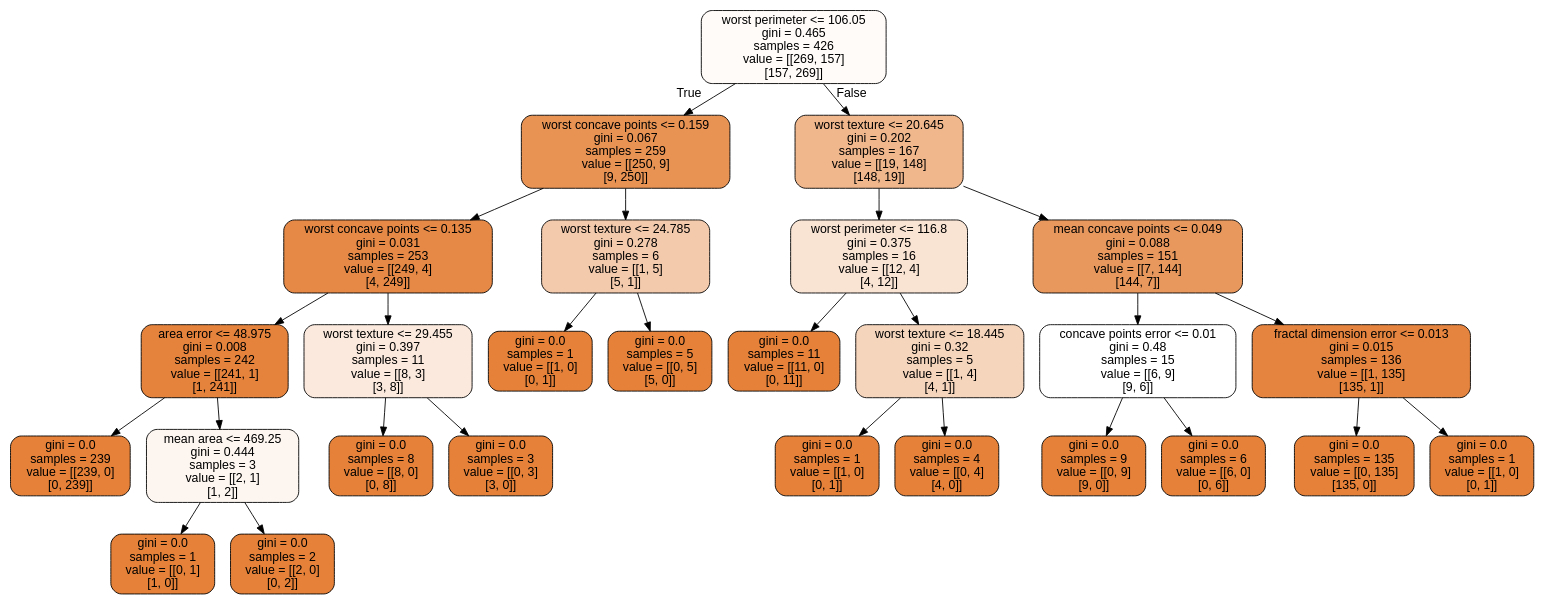
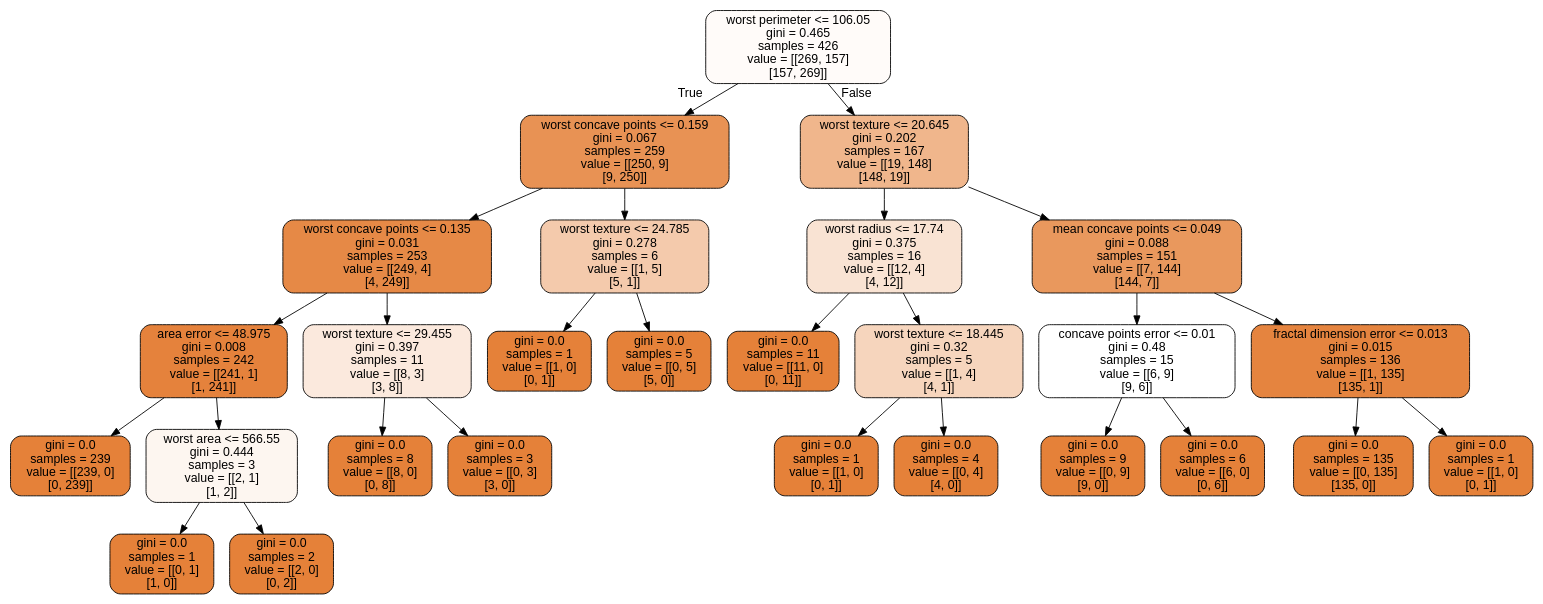
The diagram in doc/pub/DecisionTrees/ipynb/DataFiles/cancer.dot (CompPhysics/MachineLearning), drawn with Graphviz before and after one commit. The commit also changed 48 other files, not shown here.

```diff
--- a/doc/pub/DecisionTrees/ipynb/DataFiles/cancer.dot
+++ b/doc/pub/DecisionTrees/ipynb/DataFiles/cancer.dot
@@ -1,57 +1,57 @@
 digraph Tree {
 node [shape=box, style="filled, rounded", color="black", fontname=helvetica] ;
 edge [fontname=helvetica] ;
 0 [label="worst perimeter <= 106.05\ngini = 0.465\nsamples = 426\nvalue = [[269, 157]\n[157, 269]]", fillcolor="#e5813908"] ;
 1 [label="worst concave points <= 0.159\ngini = 0.067\nsamples = 259\nvalue = [[250, 9]\n[9, 250]]", fillcolor="#e58139db"] ;
 0 -> 1 [labeldistance=2.5, labelangle=45, headlabel="True"] ;
 2 [label="worst concave points <= 0.135\ngini = 0.031\nsamples = 253\nvalue = [[249, 4]\n[4, 249]]", fillcolor="#e58139ee"] ;
 1 -> 2 ;
 3 [label="area error <= 48.975\ngini = 0.008\nsamples = 242\nvalue = [[241, 1]\n[1, 241]]", fillcolor="#e58139fb"] ;
 2 -> 3 ;
 4 [label="gini = 0.0\nsamples = 239\nvalue = [[239, 0]\n[0, 239]]", fillcolor="#e58139ff"] ;
 3 -> 4 ;
-5 [label="mean area <= 469.25\ngini = 0.444\nsamples = 3\nvalue = [[2, 1]\n[1, 2]]", fillcolor="#e5813913"] ;
+5 [label="worst area <= 566.55\ngini = 0.444\nsamples = 3\nvalue = [[2, 1]\n[1, 2]]", fillcolor="#e5813913"] ;
 3 -> 5 ;
 6 [label="gini = 0.0\nsamples = 1\nvalue = [[0, 1]\n[1, 0]]", fillcolor="#e58139ff"] ;
 5 -> 6 ;
 7 [label="gini = 0.0\nsamples = 2\nvalue = [[2, 0]\n[0, 2]]", fillcolor="#e58139ff"] ;
 5 -> 7 ;
 8 [label="worst texture <= 29.455\ngini = 0.397\nsamples = 11\nvalue = [[8, 3]\n[3, 8]]", fillcolor="#e581392c"] ;
 2 -> 8 ;
 9 [label="gini = 0.0\nsamples = 8\nvalue = [[8, 0]\n[0, 8]]", fillcolor="#e58139ff"] ;
 8 -> 9 ;
 10 [label="gini = 0.0\nsamples = 3\nvalue = [[0, 3]\n[3, 0]]", fillcolor="#e58139ff"] ;
 8 -> 10 ;
 11 [label="worst texture <= 24.785\ngini = 0.278\nsamples = 6\nvalue = [[1, 5]\n[5, 1]]", fillcolor="#e581396b"] ;
 1 -> 11 ;
 12 [label="gini = 0.0\nsamples = 1\nvalue = [[1, 0]\n[0, 1]]", fillcolor="#e58139ff"] ;
 11 -> 12 ;
 13 [label="gini = 0.0\nsamples = 5\nvalue = [[0, 5]\n[5, 0]]", fillcolor="#e58139ff"] ;
 11 -> 13 ;
 14 [label="worst texture <= 20.645\ngini = 0.202\nsamples = 167\nvalue = [[19, 148]\n[148, 19]]", fillcolor="#e5813994"] ;
 0 -> 14 [labeldistance=2.5, labelangle=-45, headlabel="False"] ;
-15 [label="worst perimeter <= 116.8\ngini = 0.375\nsamples = 16\nvalue = [[12, 4]\n[4, 12]]", fillcolor="#e5813938"] ;
+15 [label="worst radius <= 17.74\ngini = 0.375\nsamples = 16\nvalue = [[12, 4]\n[4, 12]]", fillcolor="#e5813938"] ;
 14 -> 15 ;
 16 [label="gini = 0.0\nsamples = 11\nvalue = [[11, 0]\n[0, 11]]", fillcolor="#e58139ff"] ;
 15 -> 16 ;
 17 [label="worst texture <= 18.445\ngini = 0.32\nsamples = 5\nvalue = [[1, 4]\n[4, 1]]", fillcolor="#e5813955"] ;
 15 -> 17 ;
 18 [label="gini = 0.0\nsamples = 1\nvalue = [[1, 0]\n[0, 1]]", fillcolor="#e58139ff"] ;
 17 -> 18 ;
 19 [label="gini = 0.0\nsamples = 4\nvalue = [[0, 4]\n[4, 0]]", fillcolor="#e58139ff"] ;
 17 -> 19 ;
 20 [label="mean concave points <= 0.049\ngini = 0.088\nsamples = 151\nvalue = [[7, 144]\n[144, 7]]", fillcolor="#e58139d0"] ;
 14 -> 20 ;
 21 [label="concave points error <= 0.01\ngini = 0.48\nsamples = 15\nvalue = [[6, 9]\n[9, 6]]", fillcolor="#e5813900"] ;
 20 -> 21 ;
 22 [label="gini = 0.0\nsamples = 9\nvalue = [[0, 9]\n[9, 0]]", fillcolor="#e58139ff"] ;
 21 -> 22 ;
 23 [label="gini = 0.0\nsamples = 6\nvalue = [[6, 0]\n[0, 6]]", fillcolor="#e58139ff"] ;
 21 -> 23 ;
 24 [label="fractal dimension error <= 0.013\ngini = 0.015\nsamples = 136\nvalue = [[1, 135]\n[135, 1]]", fillcolor="#e58139f7"] ;
 20 -> 24 ;
 25 [label="gini = 0.0\nsamples = 135\nvalue = [[0, 135]\n[135, 0]]", fillcolor="#e58139ff"] ;
 24 -> 25 ;
 26 [label="gini = 0.0\nsamples = 1\nvalue = [[1, 0]\n[0, 1]]", fillcolor="#e58139ff"] ;
 24 -> 26 ;
 }
```
